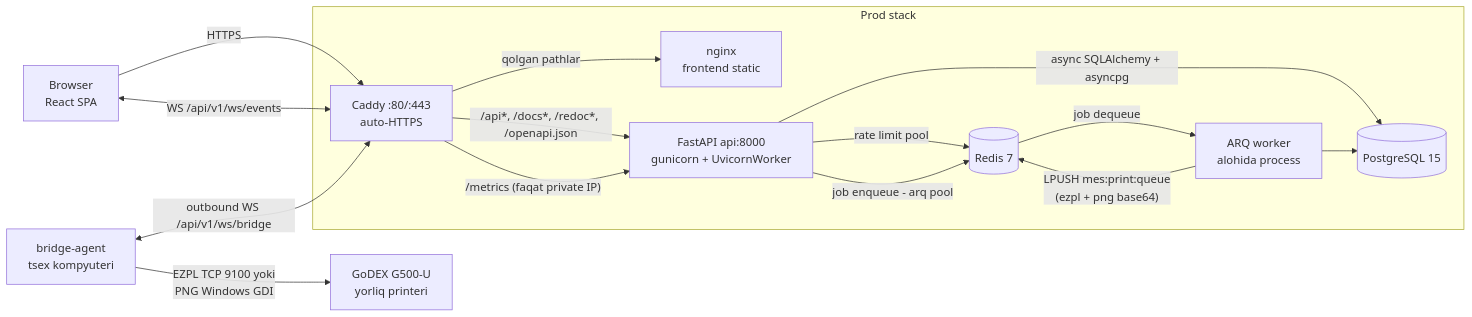
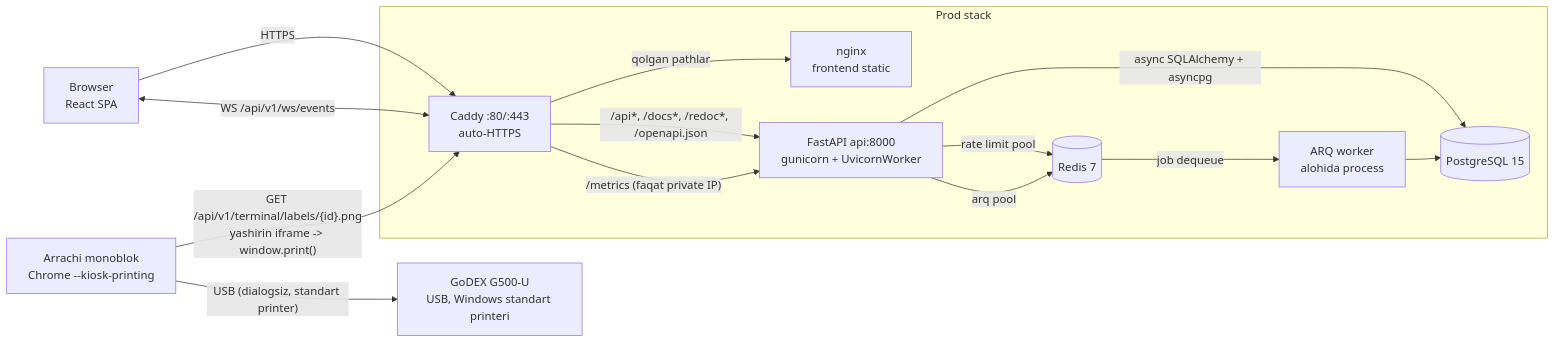
Before and after one commit to jasper2233/mebelix-eko-tizim: the diagram in docs/01-architecture.md, drawn with Mermaid. The commit also changed other lines of this file and 19 other files, not shown here.

````diff
--- a/docs/01-architecture.md
+++ b/docs/01-architecture.md
@@ -80,29 +79,28 @@
 ```mermaid
 flowchart LR
     B[Browser<br/>React SPA]
-    G[bridge-agent<br/>tsex kompyuteri]
-    PR[GoDEX G500-U<br/>yorliq printeri]
+    MB[Arrachi monoblok<br/>Chrome --kiosk-printing]
+    PR[GoDEX G500-U<br/>USB, Windows standart printeri]
 
     subgraph Prod stack
         C[Caddy :80/:443<br/>auto-HTTPS]
         N[nginx<br/>frontend static]
         A[FastAPI api:8000<br/>gunicorn + UvicornWorker]
         W[ARQ worker<br/>alohida process]
         P[(PostgreSQL 15)]
         R[(Redis 7)]
     end
 
     B -->|HTTPS| C
     B <-->|"WS /api/v1/ws/events"| C
-    G <-->|"outbound WS /api/v1/ws/bridge"| C
-    G -->|"EZPL TCP 9100 yoki<br/>PNG Windows GDI"| PR
+    MB -->|"GET /api/v1/terminal/labels/{id}.png<br/>yashirin iframe -> window.print()"| C
+    MB -->|"USB (dialogsiz, standart printer)"| PR
     C -->|"/api*, /docs*, /redoc*, /openapi.json"| A
     C -->|"/metrics (faqat private IP)"| A
     C -->|qolgan pathlar| N
     A -->|async SQLAlchemy + asyncpg| P
     A -->|rate limit pool| R
-    A -->|job enqueue - arq pool| R
+    A -->|arq pool| R
     R -->|job dequeue| W
-    W -->|"LPUSH mes:print:queue<br/>(ezpl + png base64)"| R
     W --> P
 ```
````
